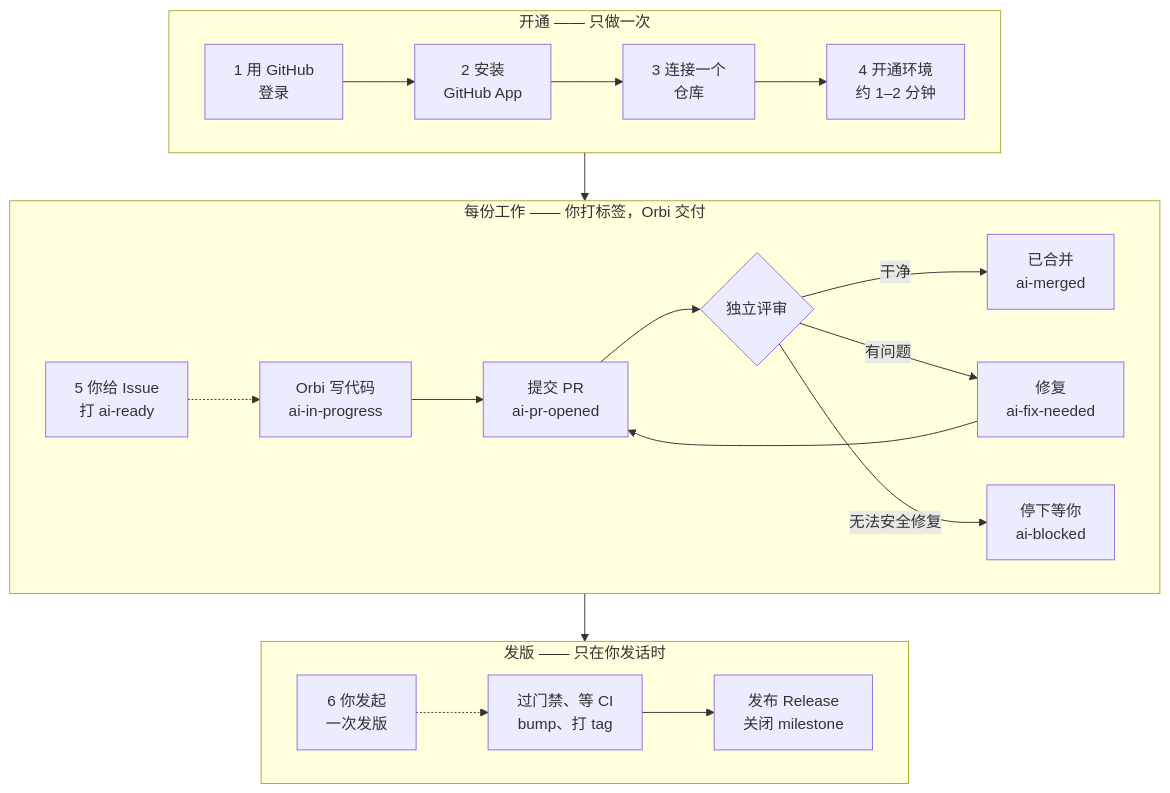
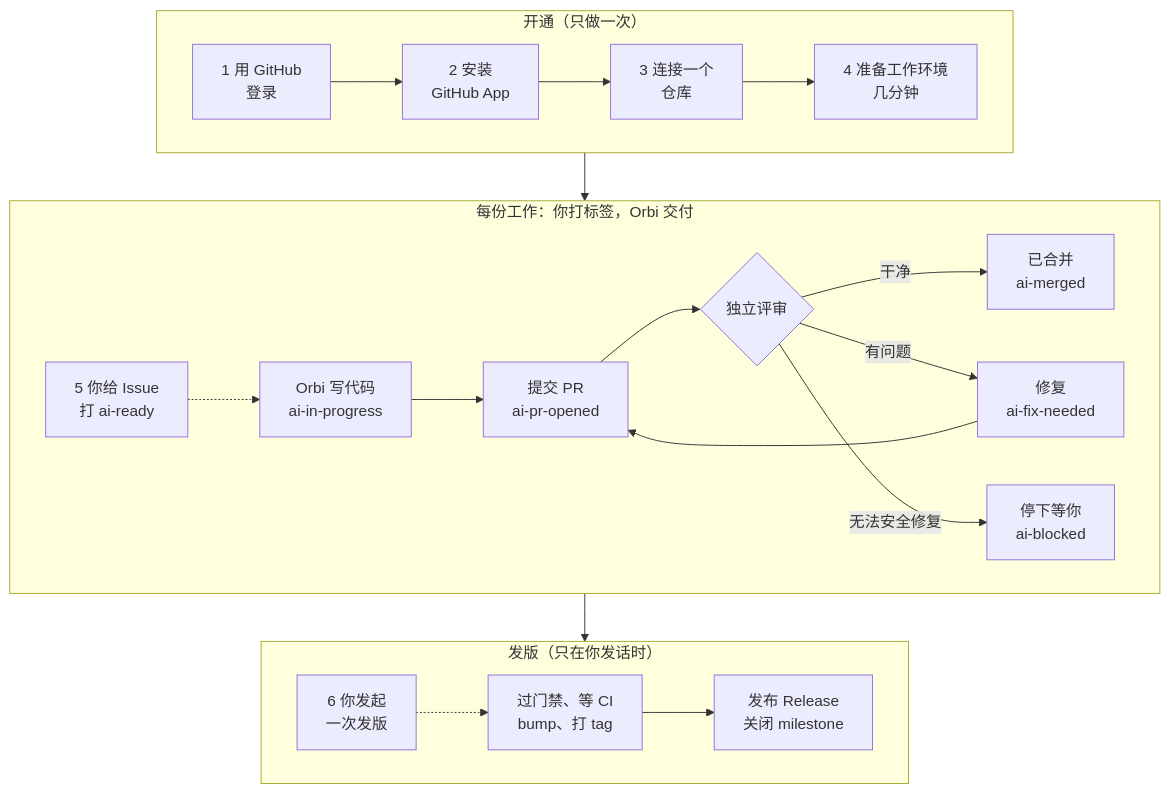
One commit to orbi-build/orbi-cloud-docs changed the first of 2 diagrams in zh/index.mdx. Above: the diagram before and after it, drawn with Mermaid. The commit also changed other lines of this file and 65 other files, not shown here.

First line of the commit message:
按 v0.7.12 的界面更新全部文档与截图（中英）

````diff
--- a/zh/index.mdx
+++ b/zh/index.mdx
@@ -17,22 +17,22 @@
 ```mermaid
 flowchart TD
-  subgraph setup["开通 —— 只做一次"]
+  subgraph setup["开通（只做一次）"]
     direction LR
-    s1["1 用 GitHub<br/>登录"] --> s2["2 安装<br/>GitHub App"] --> s3["3 连接一个<br/>仓库"] --> s4["4 开通环境<br/>约 1–2 分钟"]
+    s1["1 用 GitHub<br/>登录"] --> s2["2 安装<br/>GitHub App"] --> s3["3 连接一个<br/>仓库"] --> s4["4 准备工作环境<br/>几分钟"]
   end
 
-  subgraph work["每份工作 —— 你打标签，Orbi 交付"]
+  subgraph work["每份工作：你打标签，Orbi 交付"]
     direction LR
     w1["5 你给 Issue<br/>打 ai-ready"] -.-> w2["Orbi 写代码<br/>ai-in-progress"] --> w3["提交 PR<br/>ai-pr-opened"] --> w4{"独立评审"}
     w4 -->|干净| w5["已合并<br/>ai-merged"]
     w4 -->|有问题| w6["修复<br/>ai-fix-needed"] --> w3
     w4 -->|无法安全修复| w7["停下等你<br/>ai-blocked"]
   end
 
-  subgraph rel["发版 —— 只在你发话时"]
+  subgraph rel["发版（只在你发话时）"]
     direction LR
     r1["6 你发起<br/>一次发版"] -.-> r2["过门禁、等 CI<br/>bump、打 tag"] --> r3["发布 Release<br/>关闭 milestone"]
   end
 
   setup --> work --> rel
 ```
````
